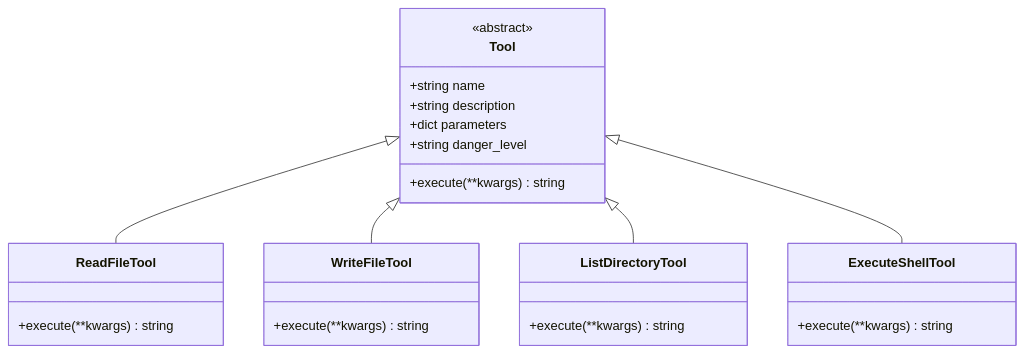
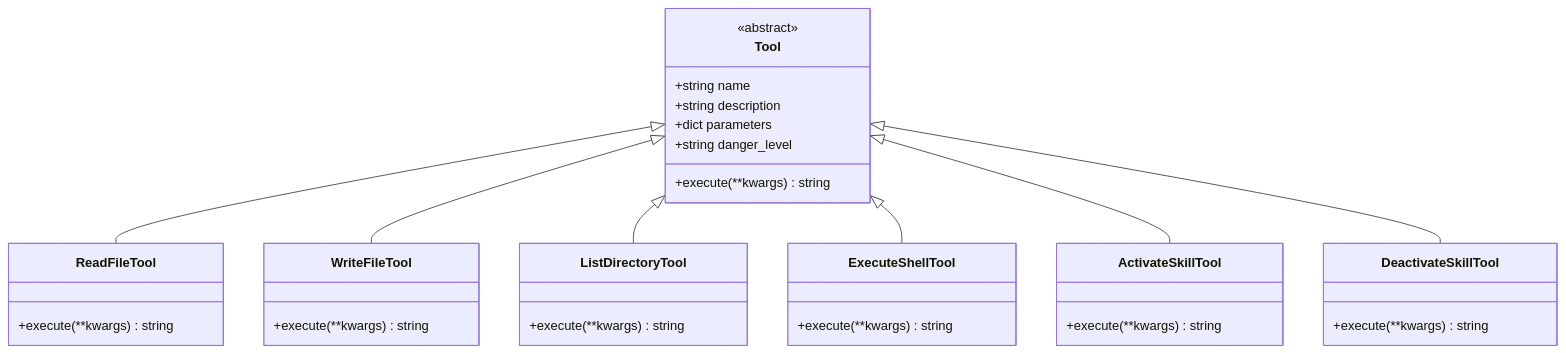
One commit to 250shiwo/MySmallAgent changed diagram 12 of 15 in .qoder/repowiki/zh/content/架构设计/架构设计.md. Above: the diagram before and after it, drawn with Mermaid. The commit also changed other lines of this file and 28 other files, not shown here.

````diff
--- a/.qoder/repowiki/zh/content/架构设计/架构设计.md
+++ b/.qoder/repowiki/zh/content/架构设计/架构设计.md
@@ -413,27 +519,35 @@
 ```mermaid
 classDiagram
 class Tool {
 <<abstract>>
 +string name
 +string description
 +dict parameters
 +string danger_level
 +execute(**kwargs) string
 }
 class ReadFileTool {
 +execute(**kwargs) string
 }
 class WriteFileTool {
 +execute(**kwargs) string
 }
 class ListDirectoryTool {
 +execute(**kwargs) string
 }
 class ExecuteShellTool {
 +execute(**kwargs) string
 }
+class ActivateSkillTool {
++execute(**kwargs) string
+}
+class DeactivateSkillTool {
++execute(**kwargs) string
+}
 Tool <|-- ReadFileTool
 Tool <|-- WriteFileTool
 Tool <|-- ListDirectoryTool
 Tool <|-- ExecuteShellTool
+Tool <|-- ActivateSkillTool
+Tool <|-- DeactivateSkillTool
 ```
````
